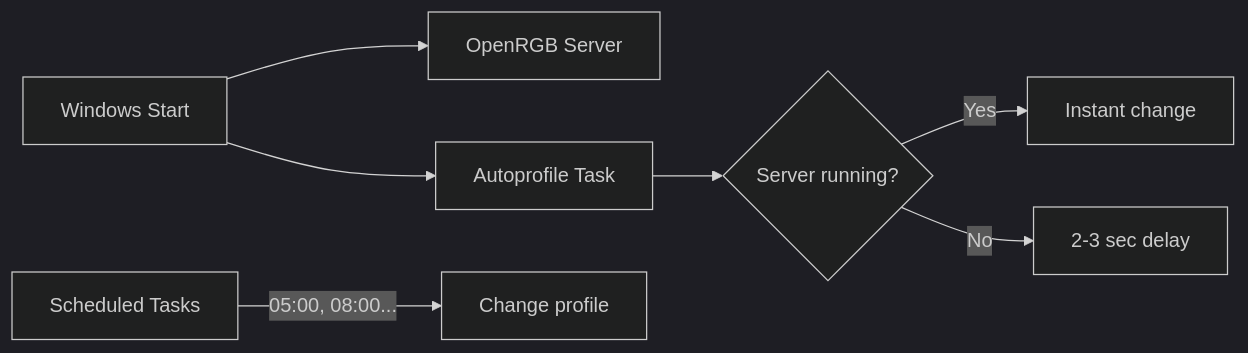
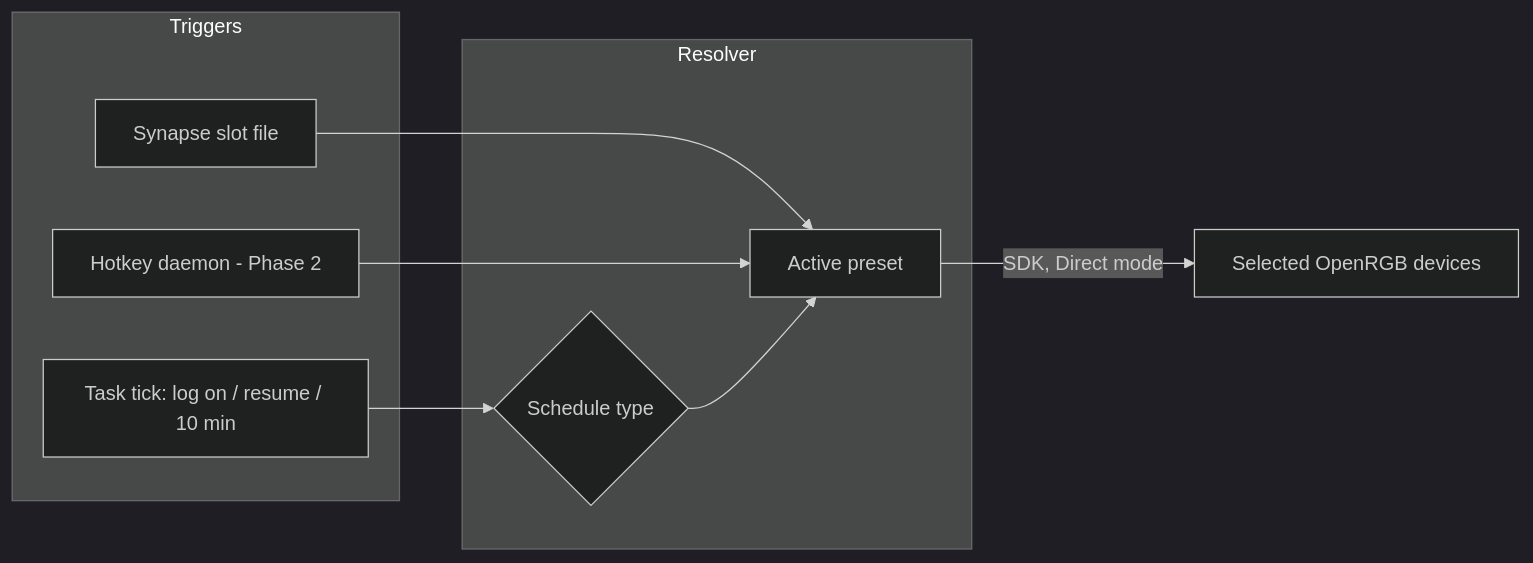
Before and after one commit to UVuruna/Ultra-Vivid: the diagram in README.md, drawn with Mermaid (dark theme). The commit also changed other lines of this file and 2 other files, not shown here.

Commit message:
0.1.090 docs: README and CLAUDE rewritten for the resolver engine, About synced

````diff
--- a/README.md
+++ b/README.md
@@ -22,10 +25,20 @@
 ```mermaid
+%%{init: {'flowchart': {'subGraphTitleMargin': {'top': 0, 'bottom': 35}}}}%%
 flowchart LR
-    A[Windows Start] --> B[OpenRGB Server]
-    A --> C[Autoprofile Task]
-    C --> D{Server running?}
-    D -->|Yes| E[Instant change]
-    D -->|No| F[2-3 sec delay]
+    subgraph TRIGGERS["Triggers"]
+        A[Task tick: log on / resume / 10 min]
+        B[Synapse slot file]
+        C[Hotkey daemon - Phase 2]
+    end
 
-    G[Scheduled Tasks] -->|05:00, 08:00...| H[Change profile]
+    subgraph ENGINE["Resolver"]
+        D{Schedule type}
+        E[Active preset]
+    end
+
+    A --> D
+    B --> E
+    C --> E
+    D --> E
+    E -->|SDK, Direct mode| F[Selected OpenRGB devices]
 ```
````
